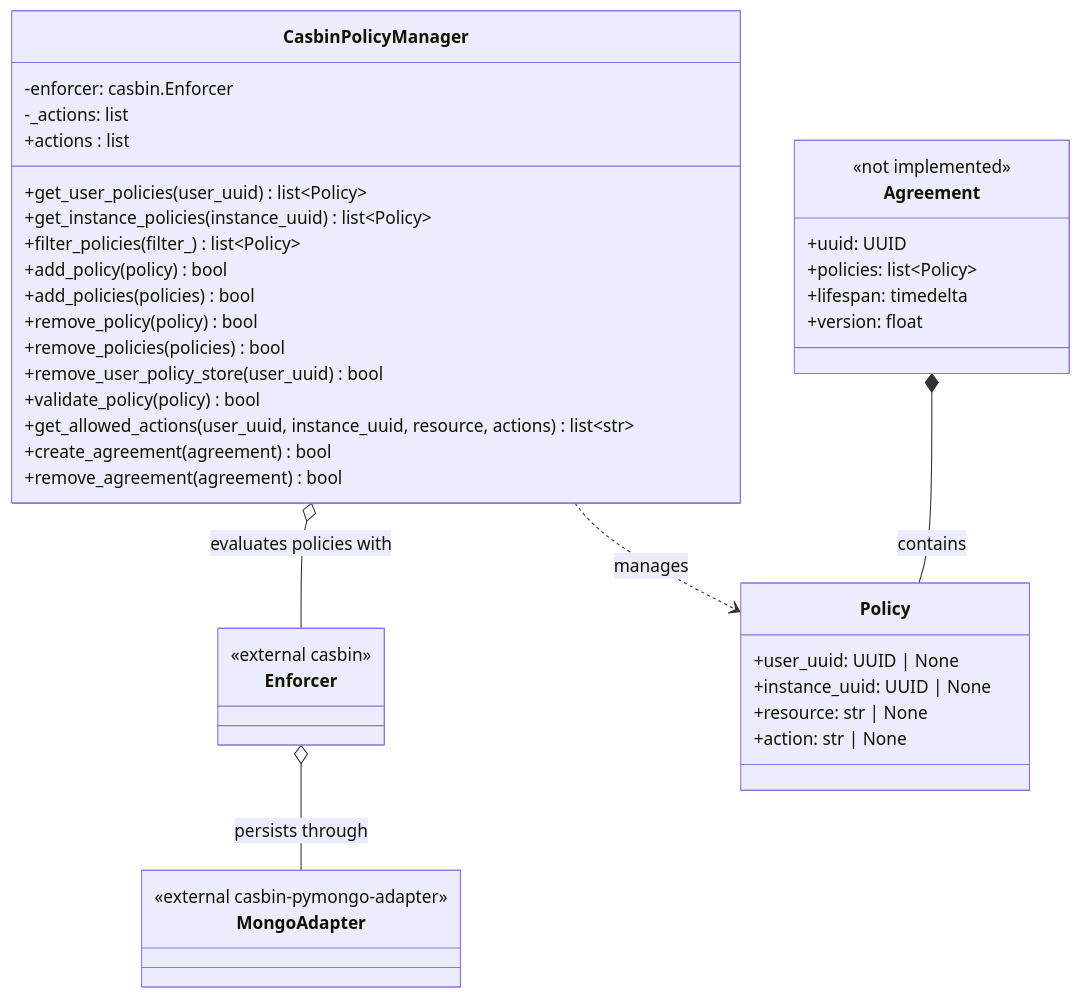
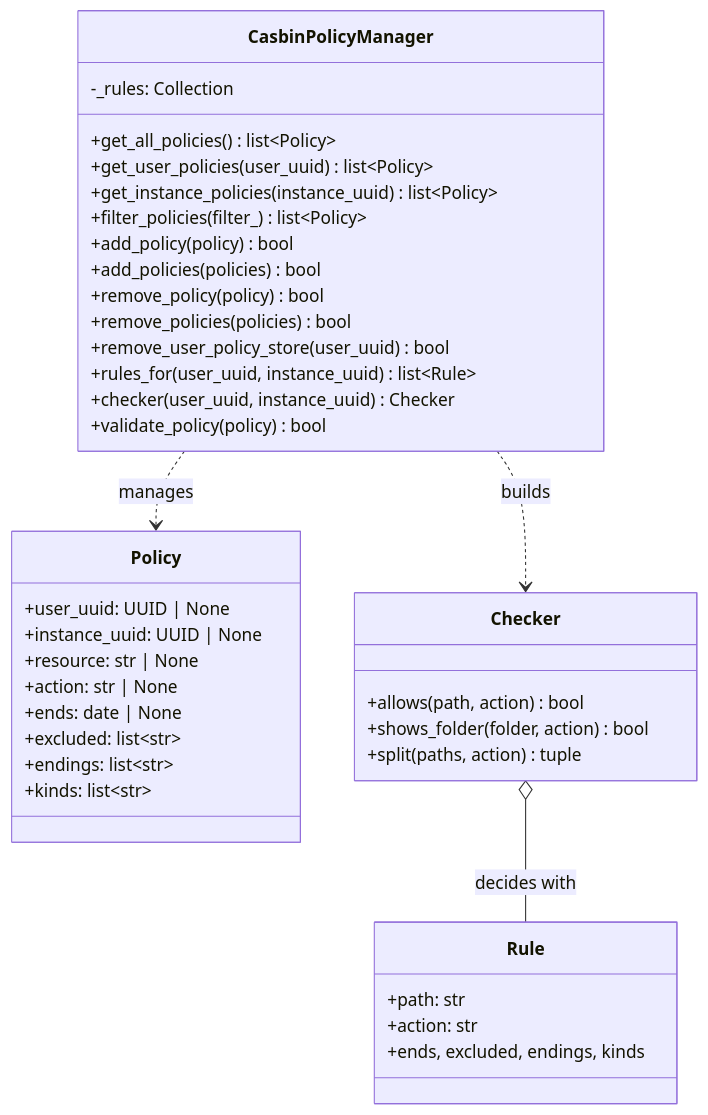
Before and after one commit to pmahon3/Data-Portal: the fourth of 5 diagrams in docs/diagrams/class-services.md, drawn with Mermaid. The commit also changed other lines of this file and 5 other files, not shown here.

First line of the commit message:
refactor(policies): cut what nothing uses: Casbin's enforcer, the validate endpoint, the Agreement stubs

````diff
--- a/docs/diagrams/class-services.md
+++ b/docs/diagrams/class-services.md
@@ -196,48 +196,45 @@
 ```mermaid
 classDiagram
     class CasbinPolicyManager {
-        -enforcer: casbin.Enforcer
-        -_actions: list
-        +actions : list
+        -_rules: Collection
+        +get_all_policies() list~Policy~
         +get_user_policies(user_uuid) list~Policy~
         +get_instance_policies(instance_uuid) list~Policy~
         +filter_policies(filter_) list~Policy~
         +add_policy(policy) bool
         +add_policies(policies) bool
         +remove_policy(policy) bool
         +remove_policies(policies) bool
         +remove_user_policy_store(user_uuid) bool
+        +rules_for(user_uuid, instance_uuid) list~Rule~
+        +checker(user_uuid, instance_uuid) Checker
         +validate_policy(policy) bool
-        +get_allowed_actions(user_uuid, instance_uuid, resource, actions) list~str~
-        +create_agreement(agreement) bool
-        +remove_agreement(agreement) bool
     }
 
     class Policy {
         +user_uuid: UUID | None
         +instance_uuid: UUID | None
         +resource: str | None
         +action: str | None
+        +ends: date | None
+        +excluded: list~str~
+        +endings: list~str~
+        +kinds: list~str~
     }
 
-    class Agreement {
-        <<not implemented>>
-        +uuid: UUID
-        +policies: list~Policy~
-        +lifespan: timedelta
-        +version: float
+    class Rule {
+        +path: str
+        +action: str
+        +ends, excluded, endings, kinds
     }
 
-    class Enforcer {
-        <<external casbin>>
+    class Checker {
+        +allows(path, action) bool
+        +shows_folder(folder, action) bool
+        +split(paths, action) tuple
     }
 
-    class MongoAdapter {
-        <<external casbin-pymongo-adapter>>
-    }
-
-    CasbinPolicyManager o-- Enforcer : evaluates policies with
-    Enforcer o-- MongoAdapter : persists through
     CasbinPolicyManager ..> Policy : manages
-    Agreement *-- Policy : contains
+    CasbinPolicyManager ..> Checker : builds
+    Checker o-- Rule : decides with
 ```
````
